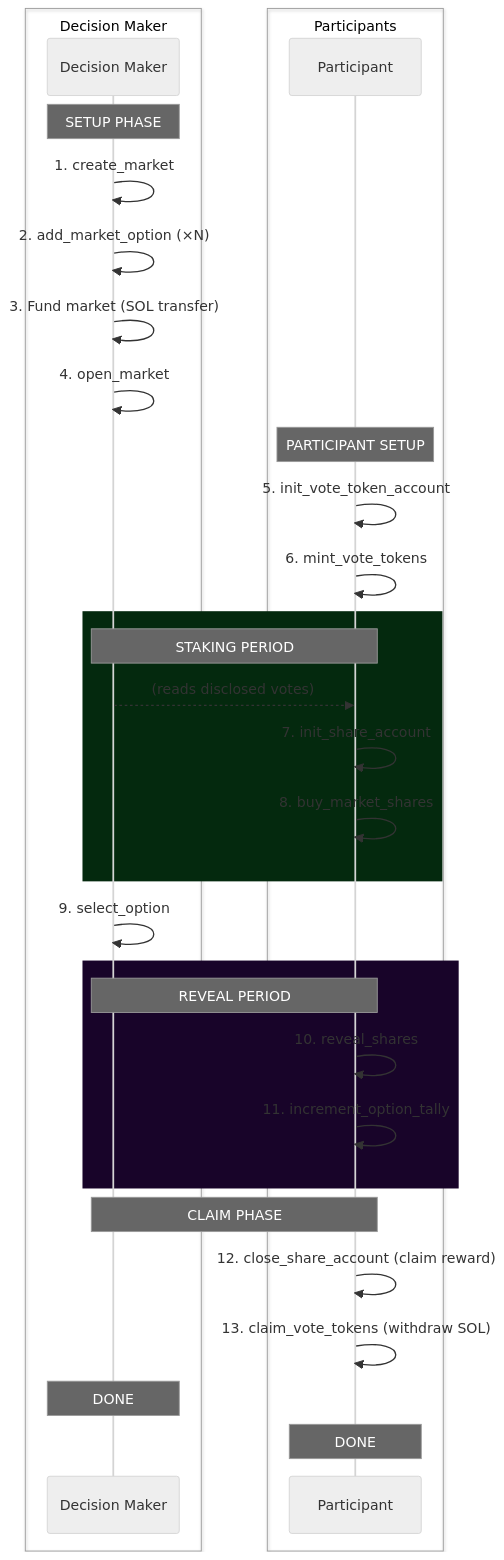
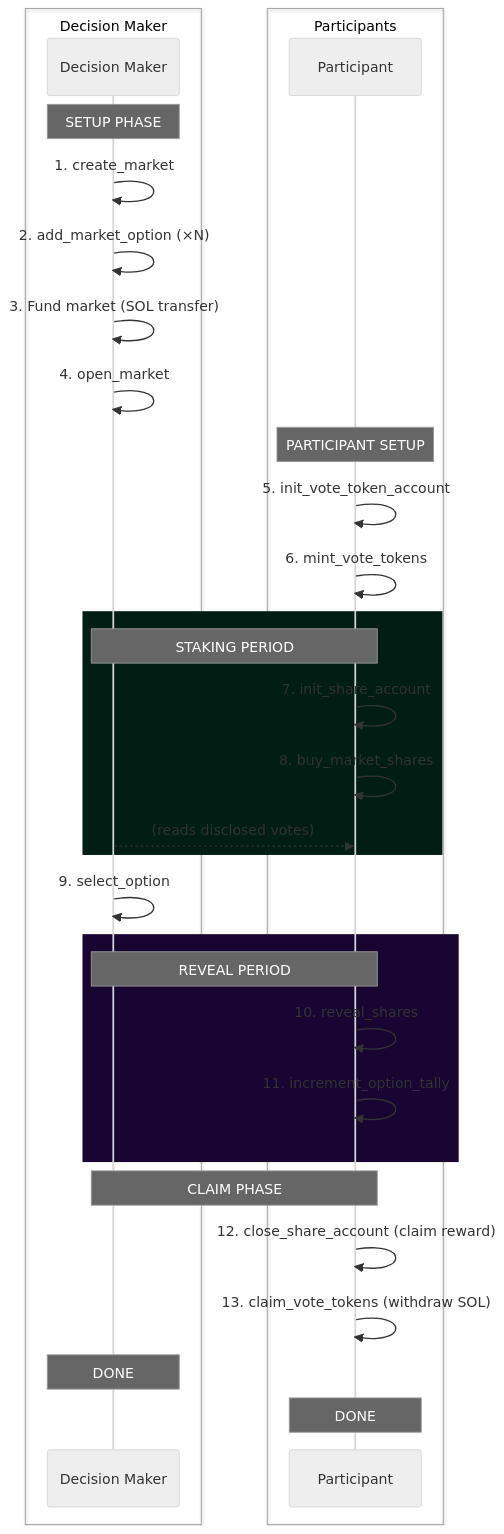
Before and after one commit to ilmari-h/solana-conviction-markets: the diagram in docs/market-life-cycle.md, drawn with Mermaid (neutral theme). The commit also changed other lines of this file and 12 other files, not shown here.

````diff
--- a/docs/market-life-cycle.md
+++ b/docs/market-life-cycle.md
@@ -365,41 +198,41 @@
 ```mermaid
 sequenceDiagram
     box Decision Maker
         participant DM as Decision Maker
     end
     box Participants
         participant P as Participant
     end
 
     Note over DM: SETUP PHASE
     DM->>DM: 1. create_market
     DM->>DM: 2. add_market_option (×N)
     DM->>DM: 3. Fund market (SOL transfer)
     DM->>DM: 4. open_market
 
     Note over P: PARTICIPANT SETUP
     P->>P: 5. init_vote_token_account
     P->>P: 6. mint_vote_tokens
 
-    rect rgb(4, 41, 14)
+    rect rgb(1, 30, 20)
         Note over DM,P: STAKING PERIOD
-        DM-->>P: (reads disclosed votes)
         P->>P: 7. init_share_account
         P->>P: 8. buy_market_shares
+        DM-->>P: (reads disclosed votes)
     end
 
     DM->>DM: 9. select_option
 
-    rect rgb(24, 4, 41)
+    rect rgb(24, 5, 50)
         Note over DM,P: REVEAL PERIOD
         P->>P: 10. reveal_shares
         P->>P: 11. increment_option_tally
     end
 
     Note over DM,P: CLAIM PHASE
     P->>P: 12. close_share_account (claim reward)
     P->>P: 13. claim_vote_tokens (withdraw SOL)
 
     Note over DM: DONE
     Note over P: DONE
 ```
````
